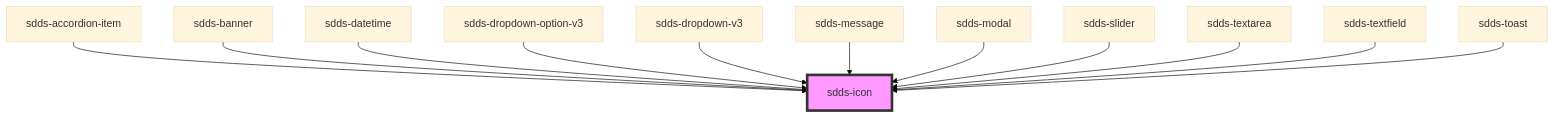
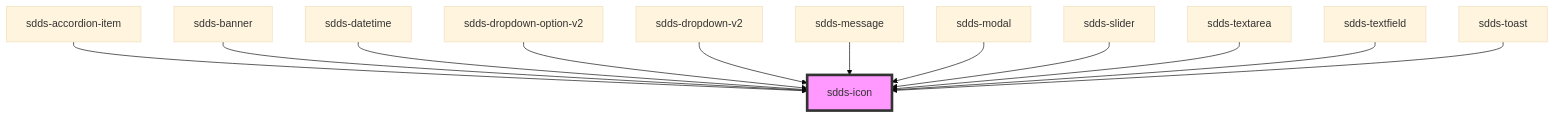
One commit to scania-digital-design-system/sdds changed the diagram in tegel/src/components/icon/readme.md. Above: the diagram before and after it, drawn with Mermaid (base theme). The commit also changed other lines of this file and 11 other files, not shown here.

````diff
--- a/tegel/src/components/icon/readme.md
+++ b/tegel/src/components/icon/readme.md
@@ -33,15 +33,15 @@
 ```mermaid
 graph TD;
   sdds-accordion-item --> sdds-icon
   sdds-banner --> sdds-icon
   sdds-datetime --> sdds-icon
-  sdds-dropdown-option-v3 --> sdds-icon
-  sdds-dropdown-v3 --> sdds-icon
+  sdds-dropdown-option-v2 --> sdds-icon
+  sdds-dropdown-v2 --> sdds-icon
   sdds-message --> sdds-icon
   sdds-modal --> sdds-icon
   sdds-slider --> sdds-icon
   sdds-textarea --> sdds-icon
   sdds-textfield --> sdds-icon
   sdds-toast --> sdds-icon
   style sdds-icon fill:#f9f,stroke:#333,stroke-width:4px
 ```
````
